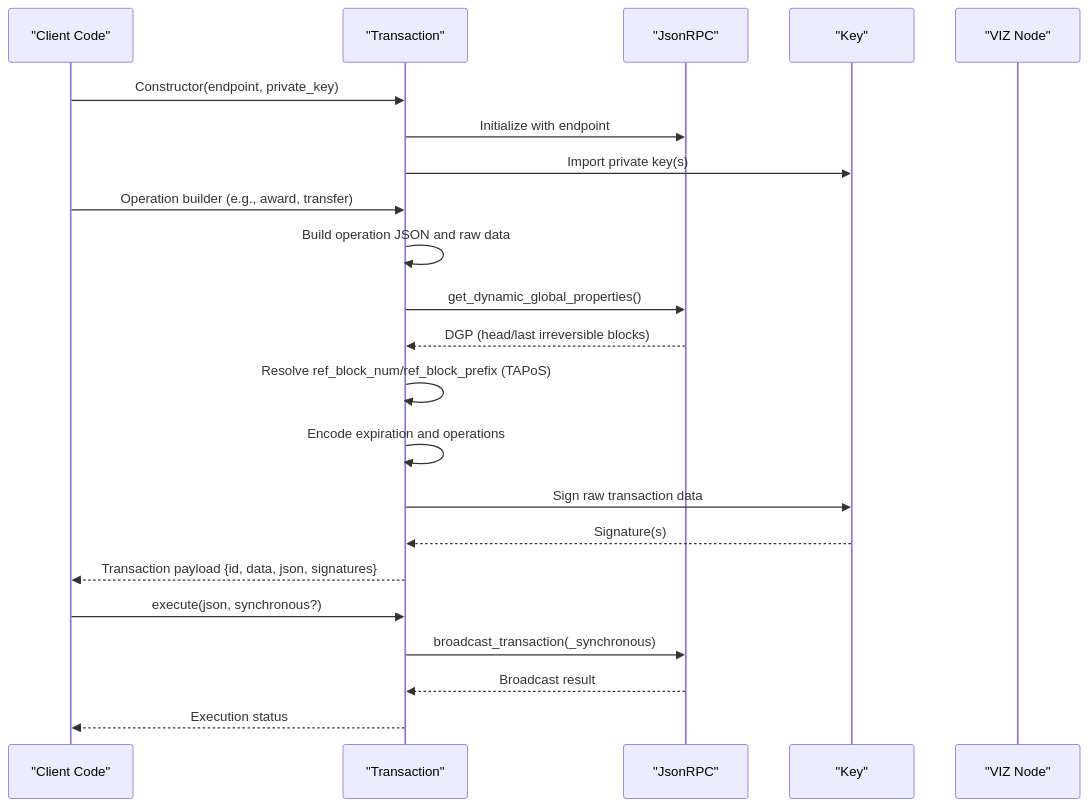
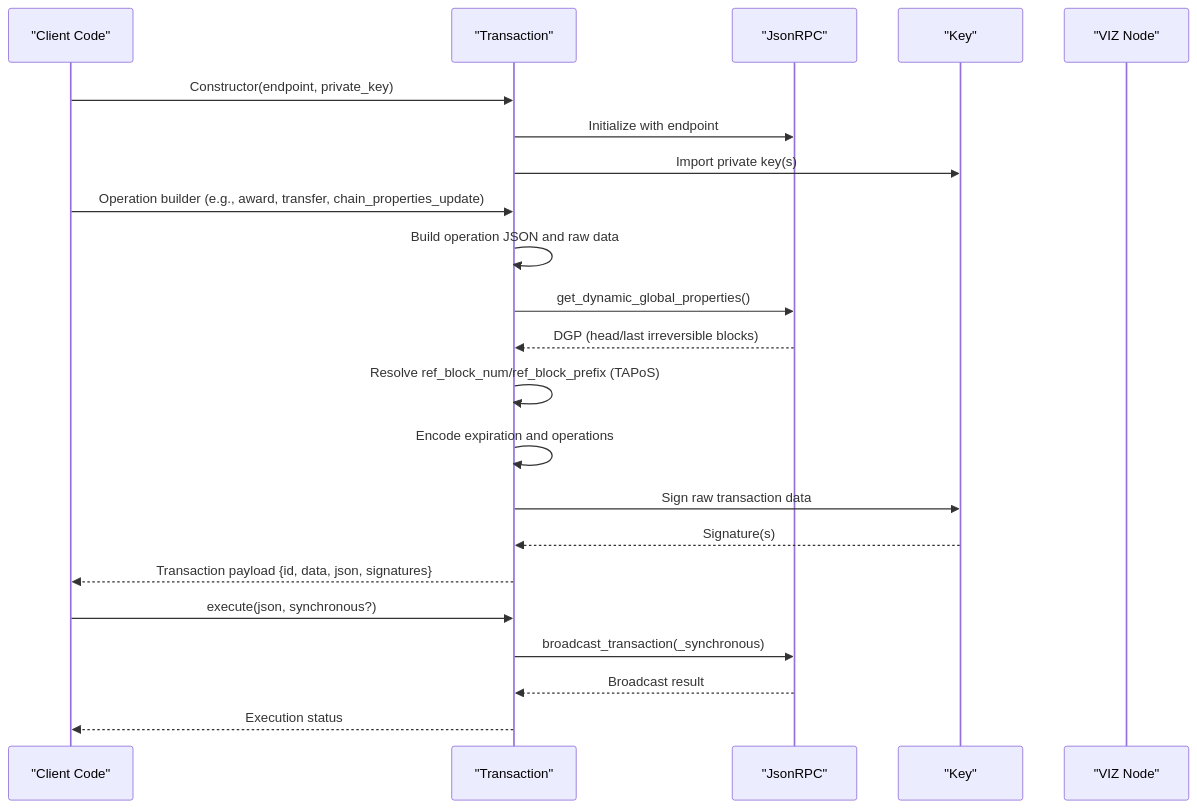
One commit to VIZ-Blockchain/viz-php-lib changed the second of 3 diagrams in .qoder/repowiki/en/content/API Reference/Transaction Class API.md. Above: the diagram before and after it, drawn with Mermaid. The commit also changed other lines of this file and 9 other files, not shown here.

````diff
--- a/.qoder/repowiki/en/content/API Reference/Transaction Class API.md
+++ b/.qoder/repowiki/en/content/API Reference/Transaction Class API.md
@@ -90,24 +97,24 @@
 ```mermaid
 sequenceDiagram
 participant Client as "Client Code"
 participant Tx as "Transaction"
 participant RPC as "JsonRPC"
 participant Key as "Key"
 participant Node as "VIZ Node"
 Client->>Tx : Constructor(endpoint, private_key)
 Tx->>RPC : Initialize with endpoint
 Tx->>Key : Import private key(s)
-Client->>Tx : Operation builder (e.g., award, transfer)
+Client->>Tx : Operation builder (e.g., award, transfer, chain_properties_update)
 Tx->>Tx : Build operation JSON and raw data
 Tx->>RPC : get_dynamic_global_properties()
 RPC-->>Tx : DGP (head/last irreversible blocks)
 Tx->>Tx : Resolve ref_block_num/ref_block_prefix (TAPoS)
 Tx->>Tx : Encode expiration and operations
 Tx->>Key : Sign raw transaction data
 Key-->>Tx : Signature(s)
 Tx-->>Client : Transaction payload {id, data, json, signatures}
 Client->>Tx : execute(json, synchronous?)
 Tx->>RPC : broadcast_transaction(_synchronous)
 RPC-->>Tx : Broadcast result
 Tx-->>Client : Execution status
 ```
````
